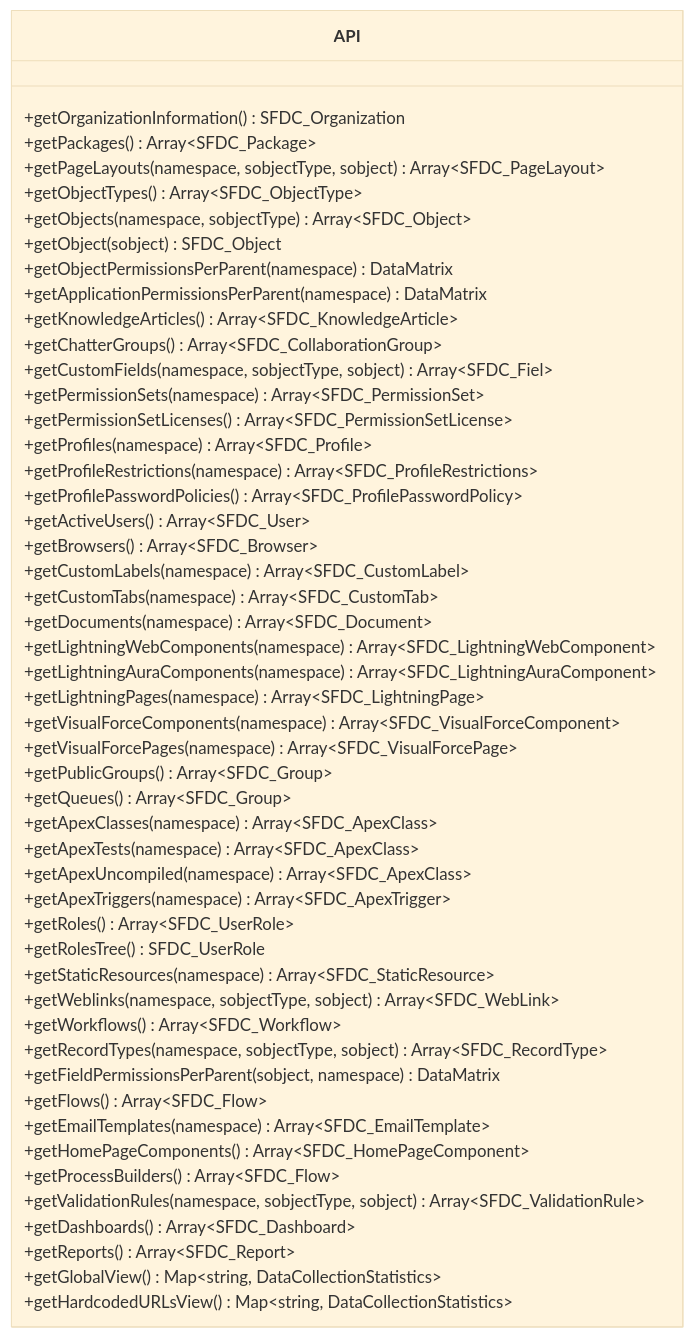
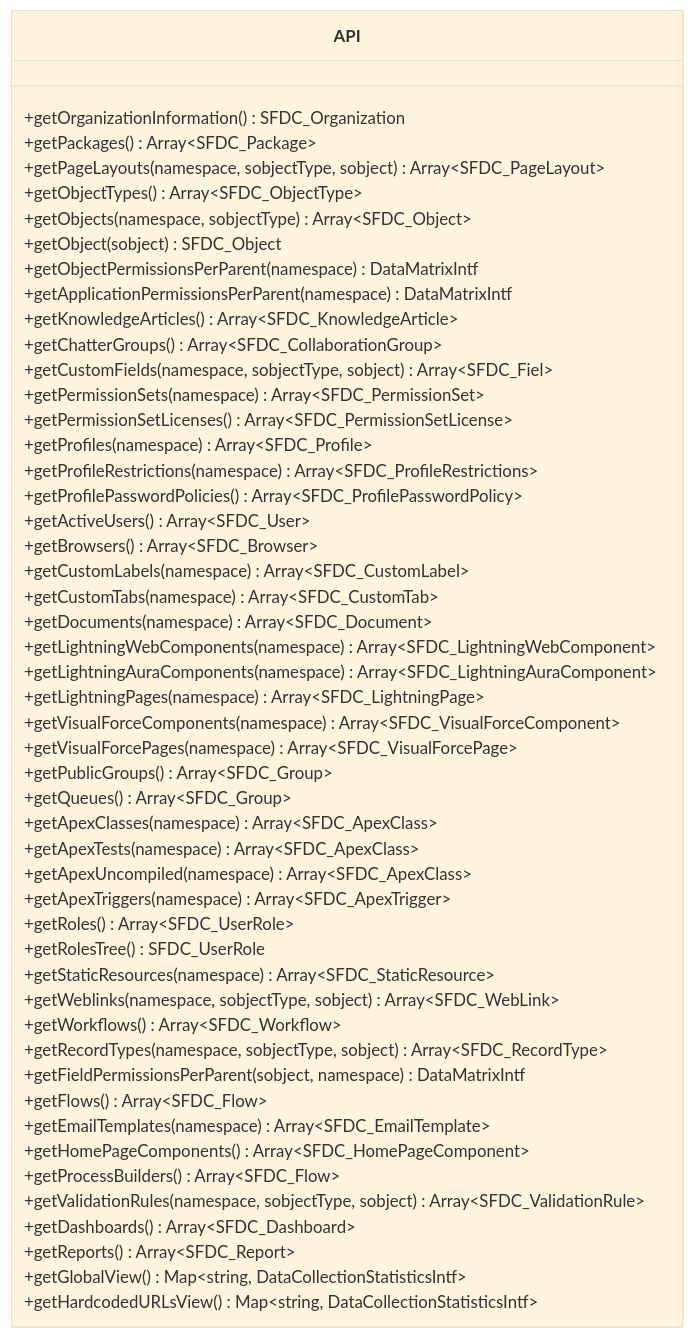
The third of 3 diagrams in docs/index8.classdiagram.md (SalesforceLabs/OrgCheck), drawn with Mermaid (base theme) before and after one commit. The commit also changed other lines of this file and 232 other files, not shown here.

````diff
--- a/docs/index8.classdiagram.md
+++ b/docs/index8.classdiagram.md
@@ -118,53 +118,53 @@
 ```mermaid
 classDiagram
     class API {
         +getOrganizationInformation() SFDC_Organization
         +getPackages() Array~SFDC_Package~
         +getPageLayouts(namespace, sobjectType, sobject) Array~SFDC_PageLayout~
         +getObjectTypes() Array~SFDC_ObjectType~
         +getObjects(namespace, sobjectType) Array~SFDC_Object~
         +getObject(sobject) SFDC_Object
-        +getObjectPermissionsPerParent(namespace) DataMatrix
-        +getApplicationPermissionsPerParent(namespace) DataMatrix
+        +getObjectPermissionsPerParent(namespace) DataMatrixIntf
+        +getApplicationPermissionsPerParent(namespace) DataMatrixIntf
         +getKnowledgeArticles() Array~SFDC_KnowledgeArticle~
         +getChatterGroups() Array~SFDC_CollaborationGroup~
         +getCustomFields(namespace, sobjectType, sobject) Array~SFDC_Fiel~
         +getPermissionSets(namespace) Array~SFDC_PermissionSet~
         +getPermissionSetLicenses() Array~SFDC_PermissionSetLicense~
         +getProfiles(namespace) Array~SFDC_Profile~
         +getProfileRestrictions(namespace) Array~SFDC_ProfileRestrictions~
         +getProfilePasswordPolicies() Array~SFDC_ProfilePasswordPolicy~
         +getActiveUsers() Array~SFDC_User~
         +getBrowsers() Array~SFDC_Browser~
         +getCustomLabels(namespace) Array~SFDC_CustomLabel~
         +getCustomTabs(namespace) Array~SFDC_CustomTab~
         +getDocuments(namespace) Array~SFDC_Document~
         +getLightningWebComponents(namespace) Array~SFDC_LightningWebComponent~
         +getLightningAuraComponents(namespace) Array~SFDC_LightningAuraComponent~
         +getLightningPages(namespace) Array~SFDC_LightningPage~
         +getVisualForceComponents(namespace) Array~SFDC_VisualForceComponent~
         +getVisualForcePages(namespace) Array~SFDC_VisualForcePage~
         +getPublicGroups() Array~SFDC_Group~
         +getQueues() Array~SFDC_Group~
         +getApexClasses(namespace) Array~SFDC_ApexClass~
         +getApexTests(namespace) Array~SFDC_ApexClass~
         +getApexUncompiled(namespace) Array~SFDC_ApexClass~
         +getApexTriggers(namespace) Array~SFDC_ApexTrigger~
         +getRoles() Array~SFDC_UserRole~
         +getRolesTree() SFDC_UserRole
         +getStaticResources(namespace) Array~SFDC_StaticResource~
         +getWeblinks(namespace, sobjectType, sobject) Array~SFDC_WebLink~
         +getWorkflows() Array~SFDC_Workflow~
         +getRecordTypes(namespace, sobjectType, sobject) Array~SFDC_RecordType~
-        +getFieldPermissionsPerParent(sobject, namespace) DataMatrix
+        +getFieldPermissionsPerParent(sobject, namespace) DataMatrixIntf
         +getFlows() Array~SFDC_Flow~
         +getEmailTemplates(namespace) Array~SFDC_EmailTemplate~
         +getHomePageComponents() Array~SFDC_HomePageComponent~
         +getProcessBuilders() Array~SFDC_Flow~
         +getValidationRules(namespace, sobjectType, sobject) Array~SFDC_ValidationRule~
         +getDashboards() Array~SFDC_Dashboard~
         +getReports() Array~SFDC_Report~
-        +getGlobalView() Map~string, DataCollectionStatistics~
-        +getHardcodedURLsView() Map~string, DataCollectionStatistics~
+        +getGlobalView() Map~string, DataCollectionStatisticsIntf~
+        +getHardcodedURLsView() Map~string, DataCollectionStatisticsIntf~
 }
 ```
````
